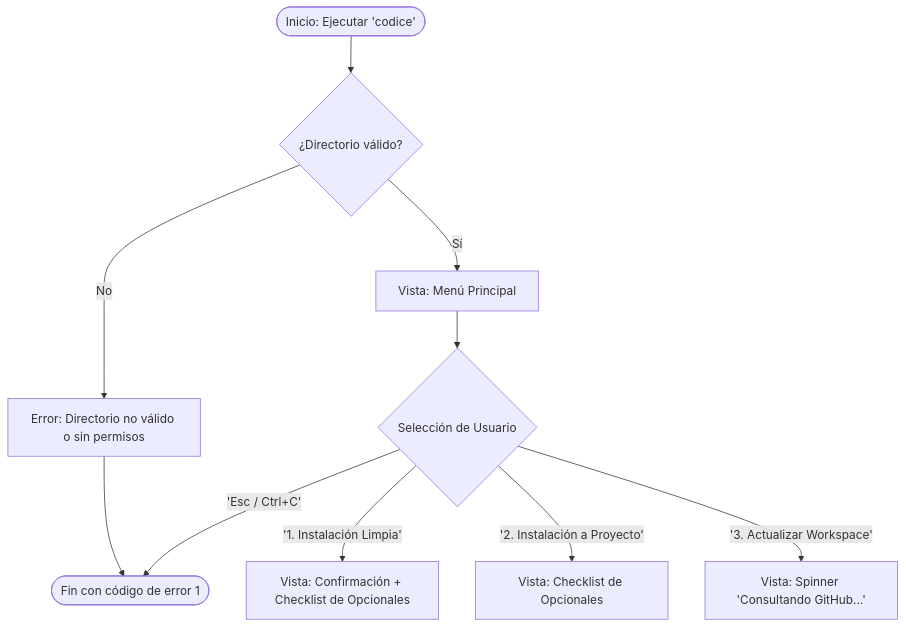
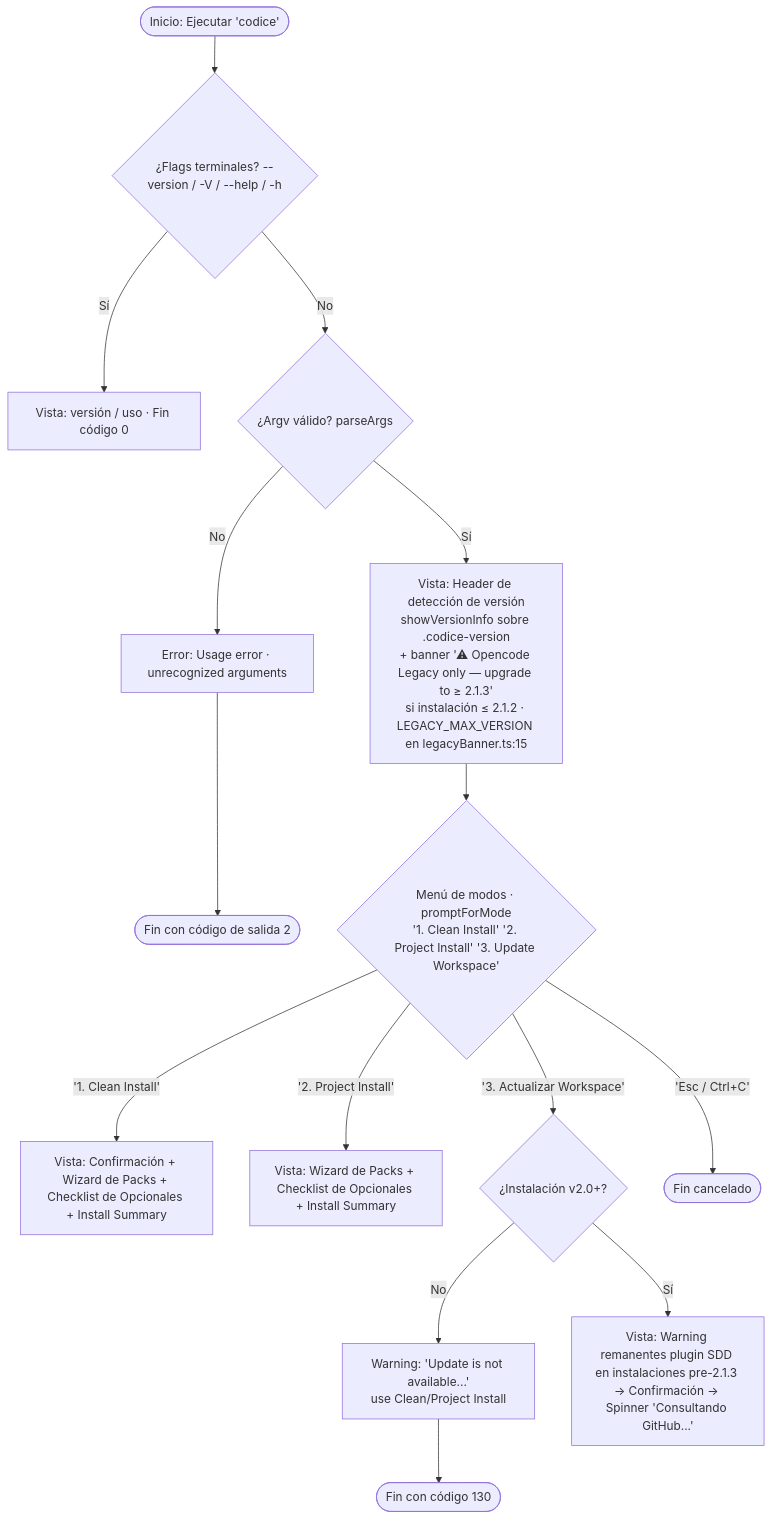
The first of 9 diagrams in docs/APPFLOW.md (Fisherk2/codice-opencode), drawn with Mermaid before and after one commit. The commit also changed other lines of this file and 88 other files, not shown here.

````diff
--- a/docs/APPFLOW.md
+++ b/docs/APPFLOW.md
@@ -13,12 +13,16 @@
 ```mermaid
 graph TD
-    A([Inicio: Ejecutar 'codice']) --> B{¿Directorio válido?}
-    B -- No --> C[Error: Directorio no válido o sin permisos]
-    C --> Z([Fin con código de error 1])
-    B -- Sí --> D[Vista: Menú Principal]
-    D --> E{Selección de Usuario}
-    E -- '1. Instalación Limpia' --> F[Vista: Confirmación + Checklist de Opcionales]
-    E -- '2. Instalación a Proyecto' --> G[Vista: Checklist de Opcionales]
-    E -- '3. Actualizar Workspace' --> H[Vista: Spinner 'Consultando GitHub...']
-    E -- 'Esc / Ctrl+C' --> Z
+    A([Inicio: Ejecutar 'codice']) --> B{¿Flags terminales? --version / -V / --help / -h}
+    B -- Sí --> B1[Vista: versión / uso · Fin código 0]
+    B -- No --> B2{¿Argv válido? parseArgs}
+    B2 -- No --> C[Error: Usage error · unrecognized arguments]
+    C --> Z([Fin con código de salida 2])
+    B2 -- Sí --> D[Vista: Header de detección de versión<br/>showVersionInfo sobre .codice-version<br/>+ banner '⚠ Opencode Legacy only — upgrade to ≥ 2.1.3'<br/>si instalación ≤ 2.1.2 · LEGACY_MAX_VERSION en legacyBanner.ts:15]
+    D --> E{Menú de modos · promptForMode<br/>'1. Clean Install' '2. Project Install' '3. Update Workspace'}
+    E -- '1. Clean Install' --> F[Vista: Confirmación + Wizard de Packs + Checklist de Opcionales + Install Summary]
+    E -- '2. Project Install' --> G[Vista: Wizard de Packs + Checklist de Opcionales + Install Summary]
+    E -- '3. Actualizar Workspace' --> H{¿Instalación v2.0+?}
+    H -- No --> H1[Warning: 'Update is not available...'<br/>use Clean/Project Install] --> Z2([Fin con código 130])
+    H -- Sí --> I[Vista: Warning remanentes plugin SDD en instalaciones pre-2.1.3 → Confirmación → Spinner 'Consultando GitHub...']
+    E -- 'Esc / Ctrl+C' --> Z3([Fin cancelado])
 ```
````
